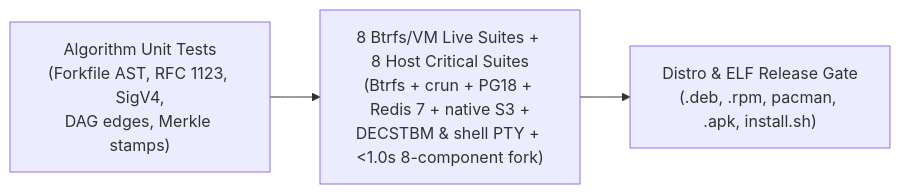
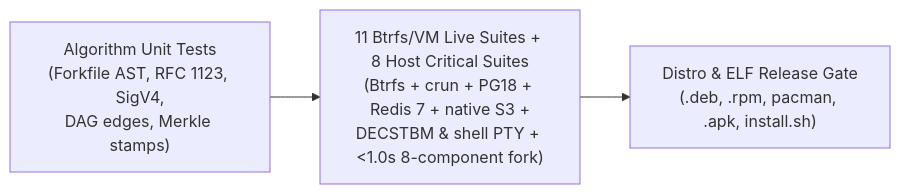
Before and after one commit to OffworldNexus/slipfork: the diagram in TESTING_PLAN.md, drawn with Mermaid. The commit also changed other lines of this file and 28 other files, not shown here.

````diff
--- a/TESTING_PLAN.md
+++ b/TESTING_PLAN.md
@@ -10,5 +10,5 @@
 ```mermaid
 flowchart LR
-  Unit["Algorithm Unit Tests\n(Forkfile AST, RFC 1123, SigV4,\nDAG edges, Merkle stamps)"] --> Lab["8 Btrfs/VM Live Suites + 8 Host Critical Suites\n(Btrfs + crun + PG18 + Redis 7 + native S3 +\nDECSTBM & shell PTY + <1.0s 8-component fork)"]
+  Unit["Algorithm Unit Tests\n(Forkfile AST, RFC 1123, SigV4,\nDAG edges, Merkle stamps)"] --> Lab["11 Btrfs/VM Live Suites + 8 Host Critical Suites\n(Btrfs + crun + PG18 + Redis 7 + native S3 +\nDECSTBM & shell PTY + <1.0s 8-component fork)"]
   Lab --> Pkg["Distro & ELF Release Gate\n(.deb, .rpm, pacman, .apk, install.sh)"]
 ```
````
